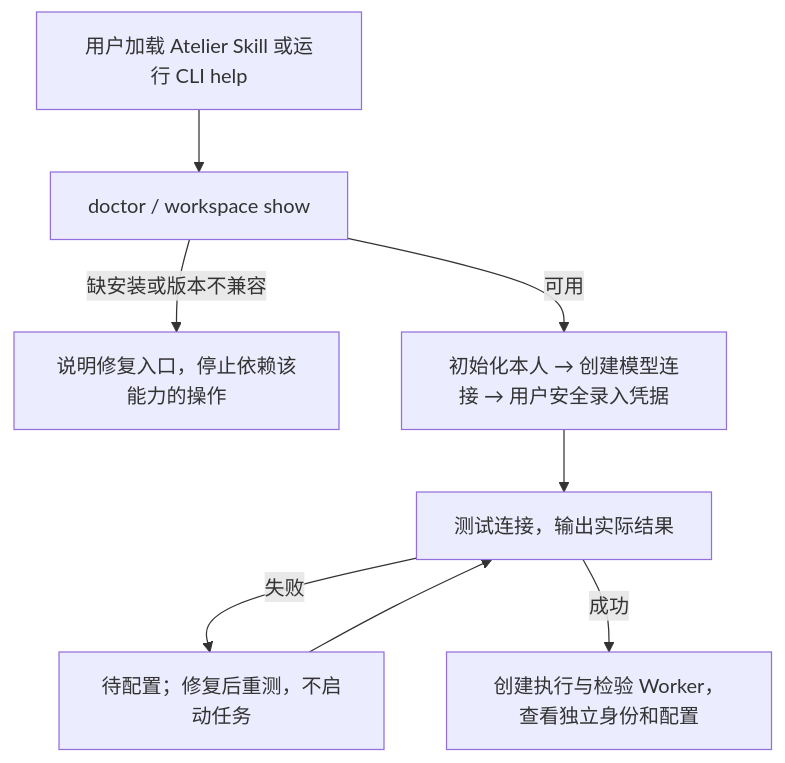
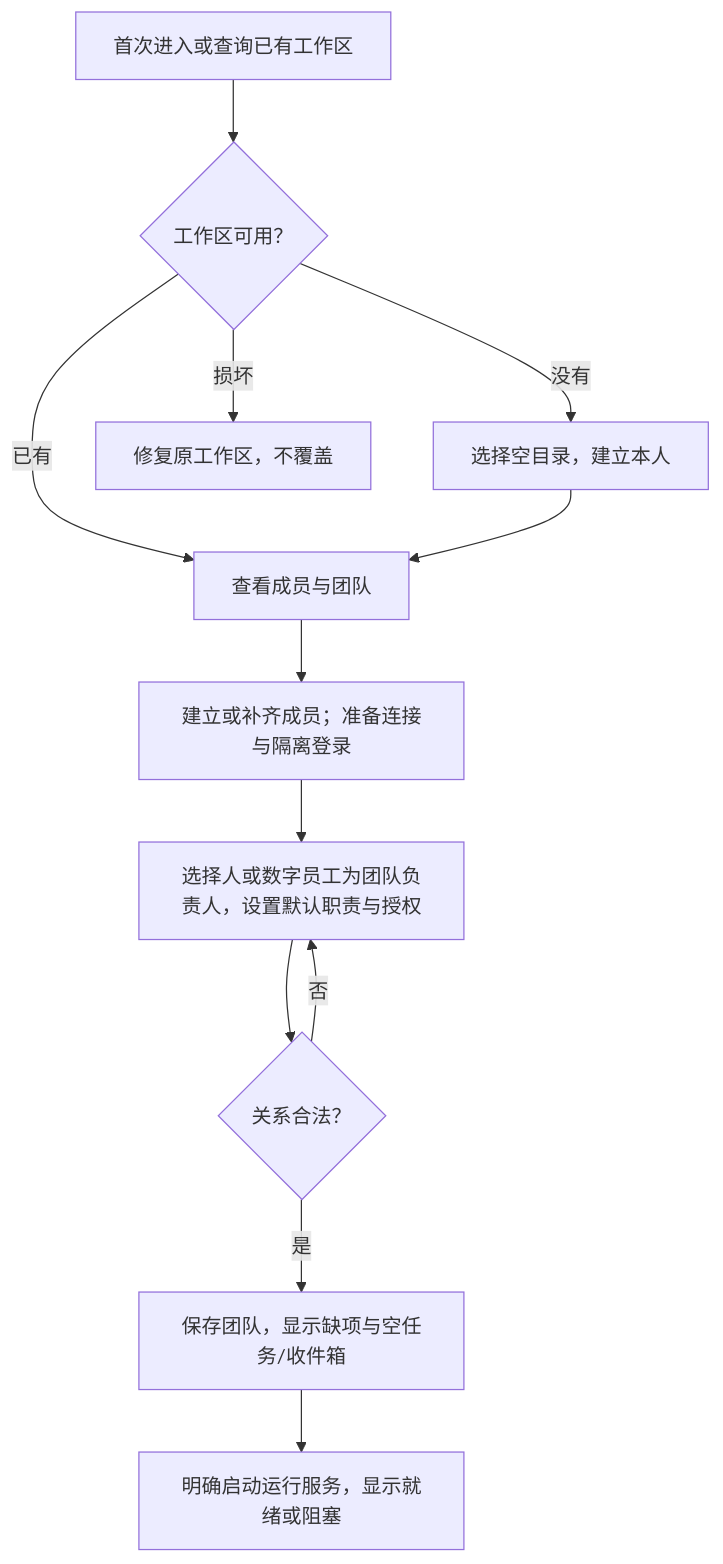
The second of 7 diagrams in docs/design/1-first-team-delivery/product.md (xforce-io/atelier), drawn with Mermaid before and after one commit. The commit also changed other lines of this file and 97 other files, not shown here.

````diff
--- a/docs/design/1-first-team-delivery/product.md
+++ b/docs/design/1-first-team-delivery/product.md
@@ -87,10 +146,14 @@
 ```mermaid
 flowchart TD
-    A["用户加载 Atelier Skill 或运行 CLI help"] --> B["doctor / workspace show"]
-    B -->|缺安装或版本不兼容| C["说明修复入口，停止依赖该能力的操作"]
-    B -->|可用| D["初始化本人 → 创建模型连接 → 用户安全录入凭据"]
-    D --> E["测试连接，输出实际结果"]
-    E -->|失败| F["待配置；修复后重测，不启动任务"]
-    F --> E
-    E -->|成功| G["创建执行与检验 Worker，查看独立身份和配置"]
+    A[首次进入或查询已有工作区] --> B{工作区可用？}
+    B -->|没有| C[选择空目录，建立本人]
+    B -->|损坏| D[修复原工作区，不覆盖]
+    B -->|已有| E[查看成员与团队]
+    C --> E
+    E --> F[建立或补齐成员；准备连接与隔离登录]
+    F --> G[选择人或数字员工为团队负责人，设置默认职责与授权]
+    G --> H{关系合法？}
+    H -->|否| G
+    H -->|是| I[保存团队，显示缺项与空任务/收件箱]
+    I --> J[明确启动运行服务，显示就绪或阻塞]
 ```
````
